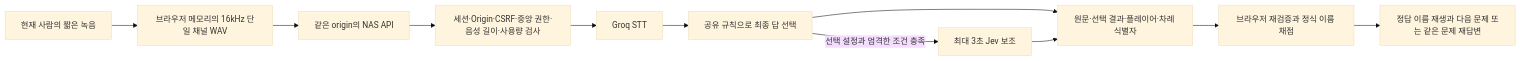
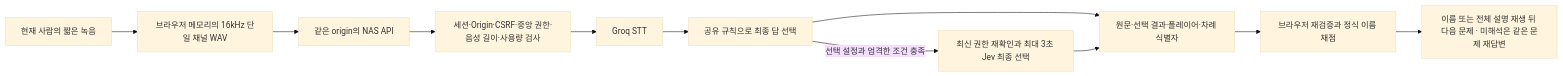
One commit to techjuicelab/FlagQuiz changed the diagram in docs/spoken-stt.md. Above: the diagram before and after it, drawn with Mermaid (base theme). The commit also changed other lines of this file and 5 other files, not shown here.

````diff
--- a/docs/spoken-stt.md
+++ b/docs/spoken-stt.md
@@ -29,13 +31,13 @@
 ```mermaid
 flowchart LR
   A[현재 사람의 짧은 녹음] --> B[브라우저 메모리의 16kHz 단일 채널 WAV]
   B --> C[같은 origin의 NAS API]
   C --> D[세션·Origin·CSRF·중앙 권한·음성 길이·사용량 검사]
   D --> E[Groq STT]
   E --> F[공유 규칙으로 최종 답 선택]
   F --> G[원문·선택 결과·플레이어·차례 식별자]
-  F -->|선택 설정과 엄격한 조건 충족| J[최대 3초 Jev 보조]
+  F -->|선택 설정과 엄격한 조건 충족| J[최신 권한 재확인과 최대 3초 Jev 최종 선택]
   J --> G
   G --> H[브라우저 재검증과 정식 이름 채점]
-  H --> I[정답 이름 재생과 다음 문제 또는 같은 문제 재답변]
+  H --> I[이름 또는 전체 설명 재생 뒤 다음 문제 · 미해석은 같은 문제 재답변]
 ```
````
